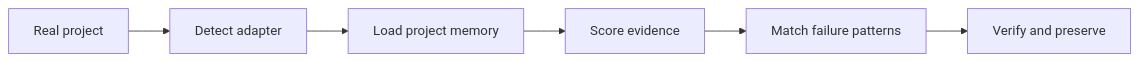
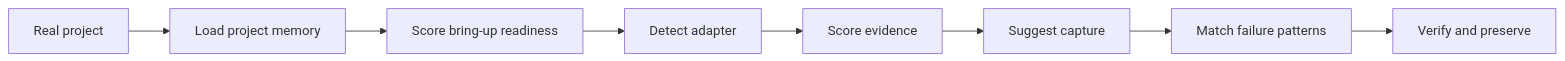
The diagram in docs/project_adapters.md (shark0304/personal-embeded-debug-skill), drawn with Mermaid before and after one commit. The commit also changed other lines of this file and 9 other files, not shown here.

Commit message:
Add bring-up readiness and evidence capture workflow

````diff
--- a/docs/project_adapters.md
+++ b/docs/project_adapters.md
@@ -103,8 +121,10 @@
 ```mermaid
 flowchart LR
-    A["Real project"] --> B["Detect adapter"]
-    B --> C["Load project memory"]
-    C --> D["Score evidence"]
-    D --> E["Match failure patterns"]
-    E --> F["Verify and preserve"]
+    A["Real project"] --> B["Load project memory"]
+    B --> C["Score bring-up readiness"]
+    C --> D["Detect adapter"]
+    D --> E["Score evidence"]
+    E --> F["Suggest capture"]
+    F --> G["Match failure patterns"]
+    G --> H["Verify and preserve"]
 ```
````
